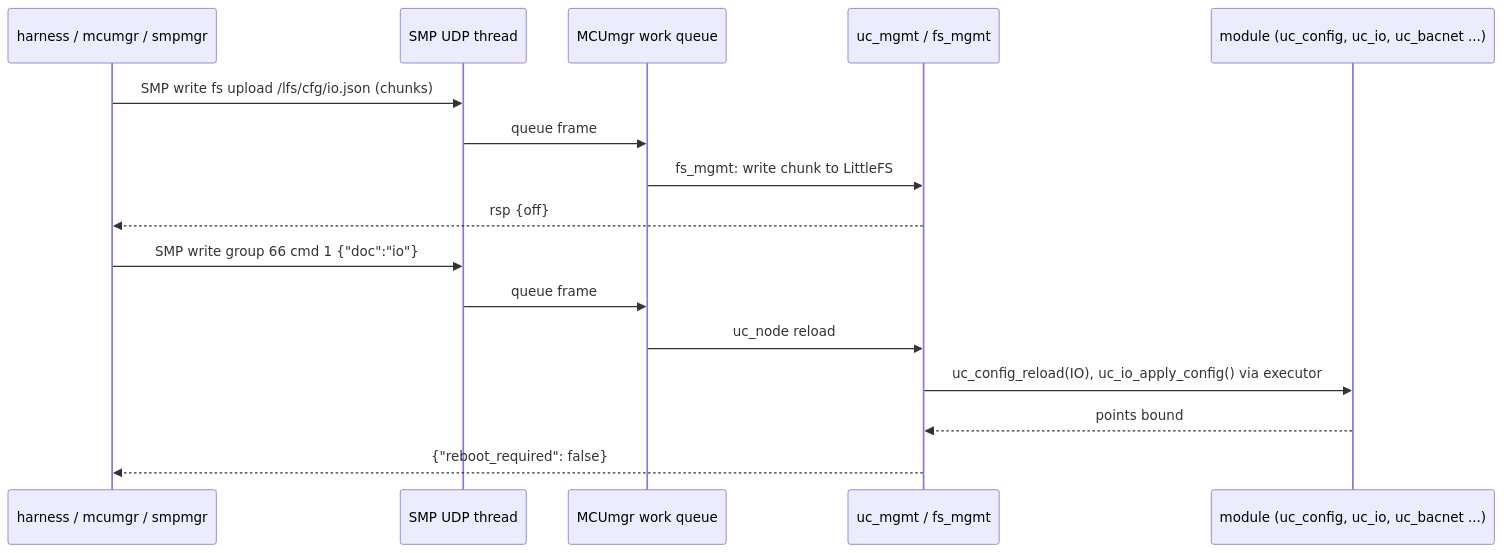
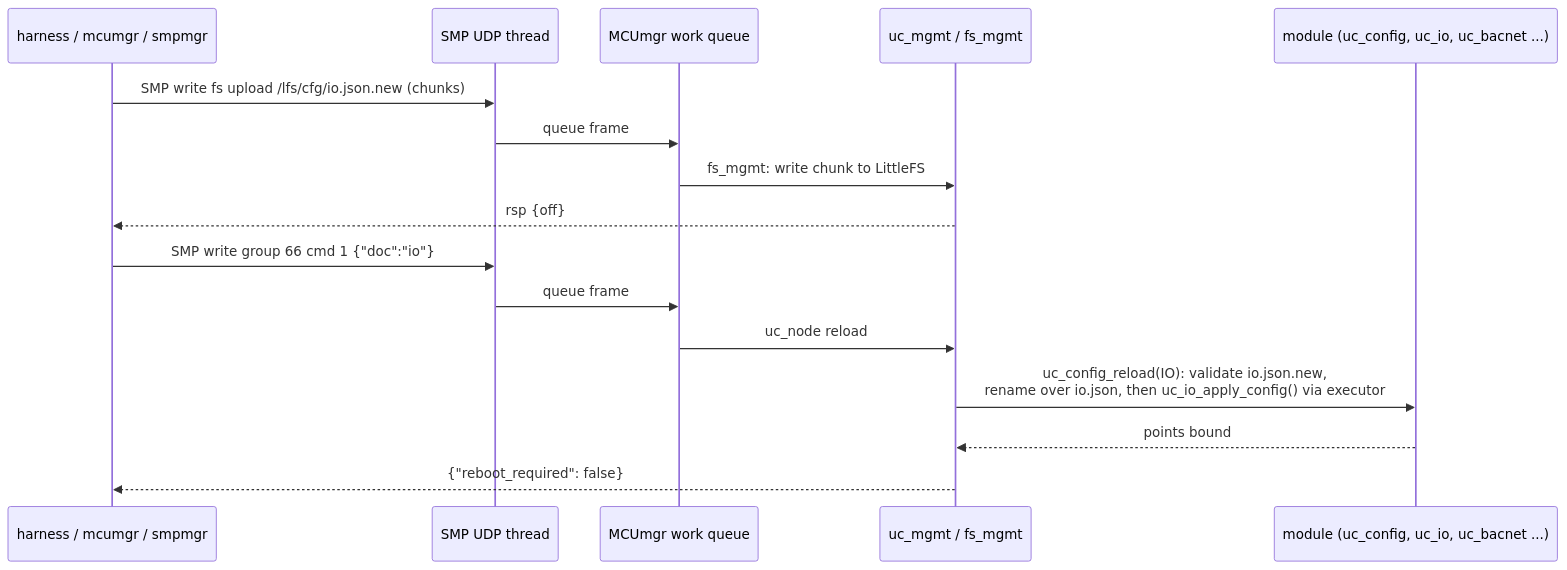
One commit to IlijaVorontsov/BACNet-uc changed the eighth of 9 diagrams in docs/architecture.md. Above: the diagram before and after it, drawn with Mermaid. The commit also changed other lines of this file and 120 other files, not shown here.

````diff
--- a/docs/architecture.md
+++ b/docs/architecture.md
@@ -315,18 +325,18 @@
 ```mermaid
 sequenceDiagram
     participant H as harness / mcumgr / smpmgr
     participant U as SMP UDP thread
     participant W as MCUmgr work queue
     participant M as uc_mgmt / fs_mgmt
     participant X as module (uc_config, uc_io, uc_bacnet ...)
-    H->>U: SMP write fs upload /lfs/cfg/io.json (chunks)
+    H->>U: SMP write fs upload /lfs/cfg/io.json.new (chunks)
     U->>W: queue frame
     W->>M: fs_mgmt: write chunk to LittleFS
     M-->>H: rsp {off}
     H->>U: SMP write group 66 cmd 1 {"doc":"io"}
     U->>W: queue frame
     W->>M: uc_node reload
-    M->>X: uc_config_reload(IO), uc_io_apply_config() via executor
+    M->>X: uc_config_reload(IO): validate io.json.new,<br/>rename over io.json, then uc_io_apply_config() via executor
     X-->>M: points bound
     M-->>H: {"reboot_required": false}
 ```
````
